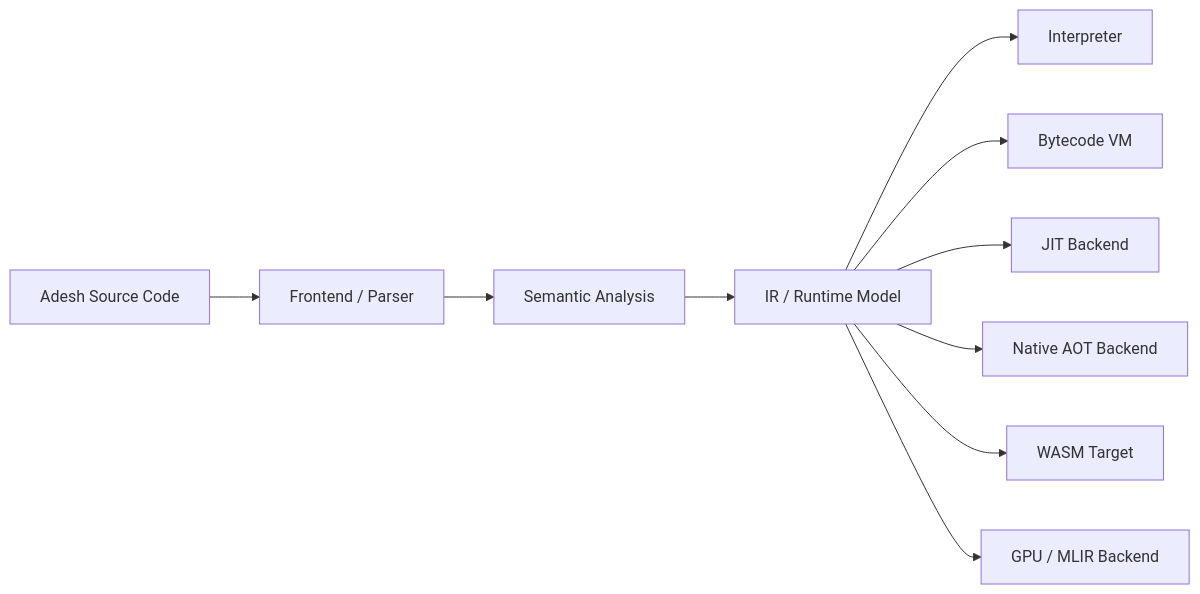
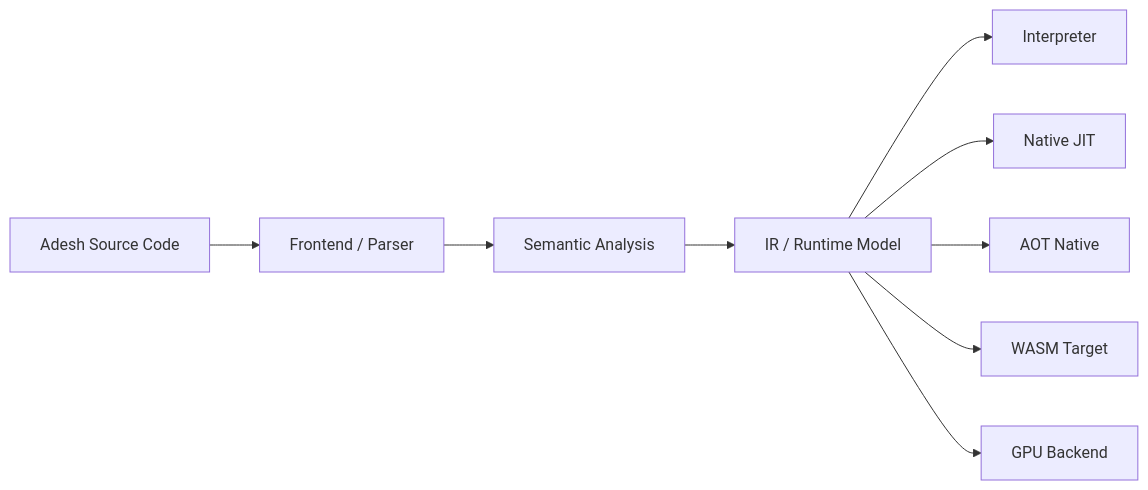
Before and after one commit to adeshlang/docs-website: the diagram in docs/intro.md, drawn with Mermaid. The commit also changed other lines of this file and 177 other files, not shown here.

````diff
--- a/docs/intro.md
+++ b/docs/intro.md
@@ -104,12 +104,11 @@
 ```mermaid
 flowchart LR
     A[Adesh Source Code] --> B[Frontend / Parser]
     B --> C[Semantic Analysis]
     C --> D[IR / Runtime Model]
     D --> E[Interpreter]
-    D --> F[Bytecode VM]
-    D --> G[JIT Backend]
-    D --> H[Native AOT Backend]
-    D --> I[WASM Target]
-    D --> J[GPU / MLIR Backend]
+    D --> F[Native JIT]
+    D --> G[AOT Native]
+    D --> H[WASM Target]
+    D --> I[GPU Backend]
 ```
````
